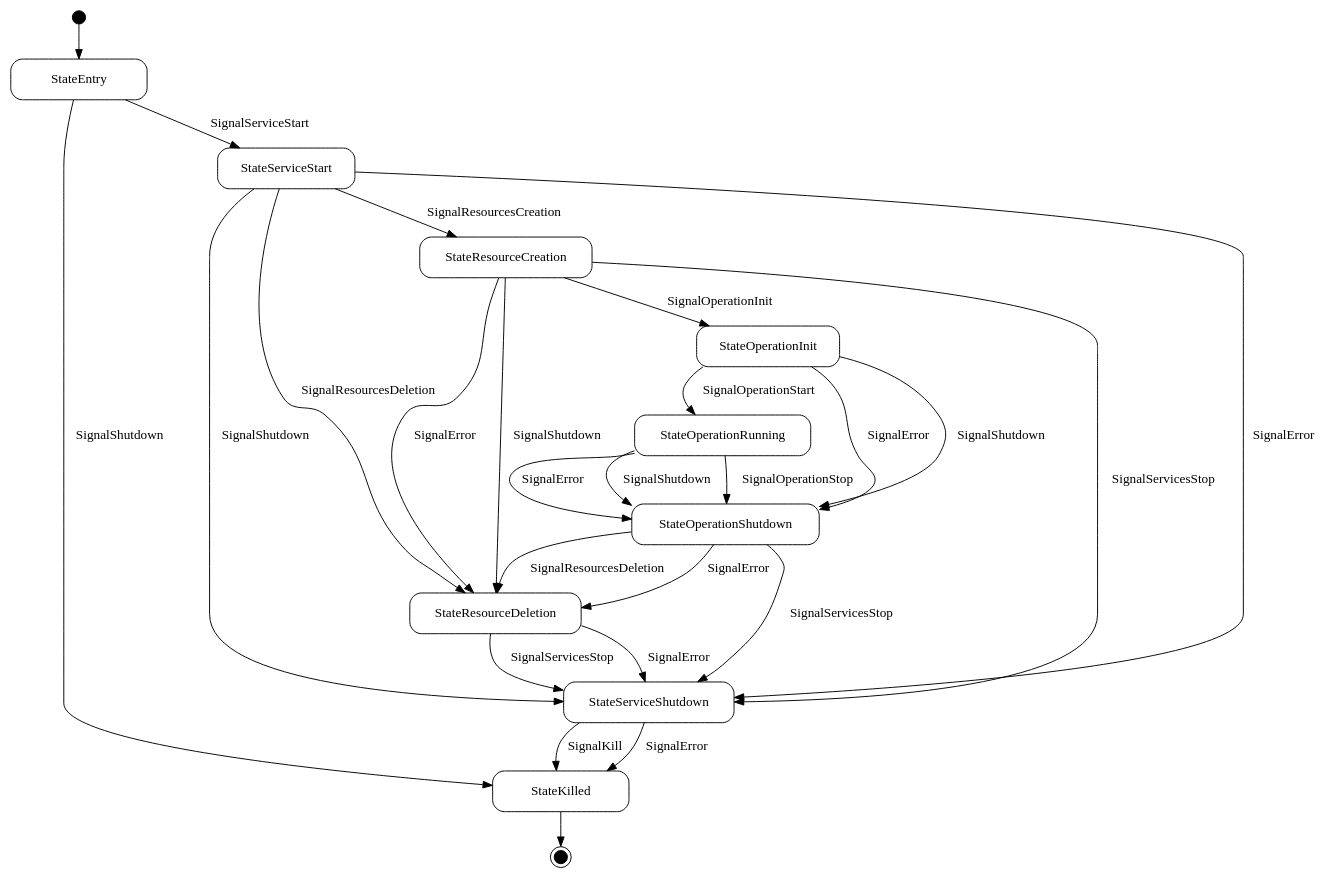
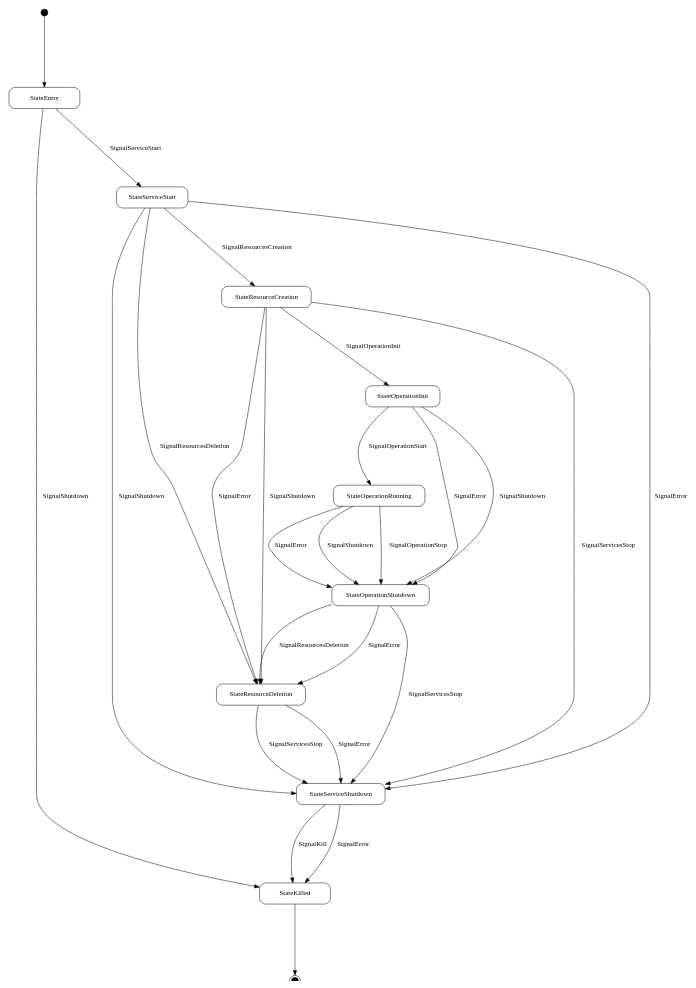
One commit to lazlowa/pypz-python changed the diagram in core/docs/core/executor.rst. Above: the diagram before and after it, drawn with Graphviz.

```diff
--- a/core/docs/core/executor.rst
+++ b/core/docs/core/executor.rst
@@ -12,54 +12,58 @@
 .. graphviz::
    :name: Operator State Machine
+   :align: center
 
    digraph state_machine {
-       fontsize=34
-       fontcolor=blue
+       size="10,20";
+       ratio="auto";
+       ranksep="2";
+       rankdir="TB";
+       graph [fontname="Verdana", fontsize="28"];
 
-       start [shape=circle, label="", style=filled, color=black, width=0.2, height=0.2]
-       end [shape=circle, label="", width=0.2, height=0.2, style=filled, color=black, fillcolor=black, peripheries=2]
-       entry [shape=rect, label="StateEntry", style=rounded, width=2, height=0.6]
-       killed [shape=rect, label="StateKilled", style=rounded, width=2, height=0.6]
-       service_start [shape=rect, label="StateServiceStart", style=rounded, width=2, height=0.6]
-       service_shutdown [shape=rect, label="StateServiceShutdown", style=rounded, width=2, height=0.6]
-       resource_creation [shape=rect, label="StateResourceCreation", style=rounded, width=2, height=0.6]
-       resource_deletion [shape=rect, label="StateResourceDeletion", style=rounded, width=2, height=0.6]
-       operation_init [shape=rect, label="StateOperationInit", style=rounded, width=2, height=0.6]
-       operation_running [shape=rect, label="StateOperationRunning", style=rounded, width=2, height=0.6]
-       operation_shutdown [shape=rect, label="StateOperationShutdown", style=rounded, width=2, height=0.6]
+       start [shape=circle, label="", style=filled, color=black, width=0.2, height=0.2];
+       end [shape=circle, label="", width=0.2, height=0.2, style=filled, color=black, fillcolor=black, peripheries=2];
+       entry [shape=rect, label="StateEntry", style=rounded, width=2, height=0.6];
+       killed [shape=rect, label="StateKilled", style=rounded, width=2, height=0.6];
+       service_start [shape=rect, label="StateServiceStart", style=rounded, width=2, height=0.6];
+       service_shutdown [shape=rect, label="StateServiceShutdown", style=rounded, width=2, height=0.6];
+       resource_creation [shape=rect, label="StateResourceCreation", style=rounded, width=2, height=0.6];
+       resource_deletion [shape=rect, label="StateResourceDeletion", style=rounded, width=2, height=0.6];
+       operation_init [shape=rect, label="StateOperationInit", style=rounded, width=2, height=0.6];
+       operation_running [shape=rect, label="StateOperationRunning", style=rounded, width=2, height=0.6];
+       operation_shutdown [shape=rect, label="StateOperationShutdown", style=rounded, width=2, height=0.6];
 
-       start -> entry
+       start -> entry;
 
-       entry -> service_start [label="SignalServiceStart"]
-       entry -> killed [label="SignalShutdown"]
+       entry -> service_start [label="SignalServiceStart"];
+       entry -> killed [label="SignalShutdown"];
 
-       service_start -> resource_creation [label="SignalResourcesCreation"]
-       service_start -> resource_deletion [label="SignalResourcesDeletion"]
-       service_start -> service_shutdown [label="SignalError"]
-       service_start -> service_shutdown [label="SignalShutdown"]
+       service_start -> resource_creation [label="SignalResourcesCreation"];
+       service_start -> resource_deletion [label="SignalResourcesDeletion"];
+       service_start -> service_shutdown [label="SignalError"];
+       service_start -> service_shutdown [label="SignalShutdown"];
 
-       resource_creation -> operation_init [label="SignalOperationInit"]
-       resource_creation -> resource_deletion [label="SignalError"]
-       resource_creation -> service_shutdown [label="SignalServicesStop"]
-       resource_creation -> resource_deletion [label="SignalShutdown"]
+       resource_creation -> operation_init [label="SignalOperationInit"];
+       resource_creation -> resource_deletion [label="SignalError"];
+       resource_creation -> service_shutdown [label="SignalServicesStop"];
+       resource_creation -> resource_deletion [label="SignalShutdown"];
 
-       operation_init -> operation_running [label="SignalOperationStart"]
-       operation_init -> operation_shutdown [label="SignalError"]
-       operation_init -> operation_shutdown [label="SignalShutdown"]
+       operation_init -> operation_running [label="SignalOperationStart"];
+       operation_init -> operation_shutdown [label="SignalError"];
+       operation_init -> operation_shutdown [label="SignalShutdown"];
 
-       operation_running -> operation_shutdown [label="SignalOperationStop"]
-       operation_running -> operation_shutdown [label="SignalError"]
-       operation_running -> operation_shutdown [label="SignalShutdown"]
+       operation_running -> operation_shutdown [label="SignalOperationStop"];
+       operation_running -> operation_shutdown [label="SignalError"];
+       operation_running -> operation_shutdown [label="SignalShutdown"];
 
-       operation_shutdown -> resource_deletion [label="SignalResourcesDeletion"]
-       operation_shutdown -> service_shutdown [label="SignalServicesStop"]
-       operation_shutdown -> resource_deletion [label="SignalError"]
+       operation_shutdown -> resource_deletion [label="SignalResourcesDeletion"];
+       operation_shutdown -> service_shutdown [label="SignalServicesStop"];
+       operation_shutdown -> resource_deletion [label="SignalError"];
 
-       resource_deletion -> service_shutdown [label="SignalServicesStop"]
-       resource_deletion -> service_shutdown [label="SignalError"]
+       resource_deletion -> service_shutdown [label="SignalServicesStop"];
+       resource_deletion -> service_shutdown [label="SignalError"];
 
-       service_shutdown -> killed [label="SignalKill"]
-       service_shutdown -> killed [label="SignalError"]
+       service_shutdown -> killed [label="SignalKill"];
+       service_shutdown -> killed [label="SignalError"];
 
-       killed -> end
+       killed -> end;
    }
```
